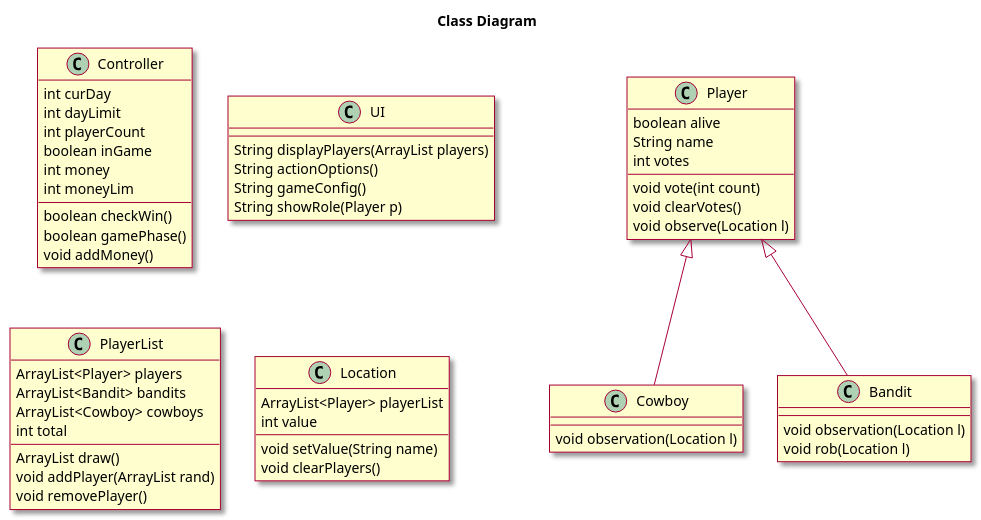
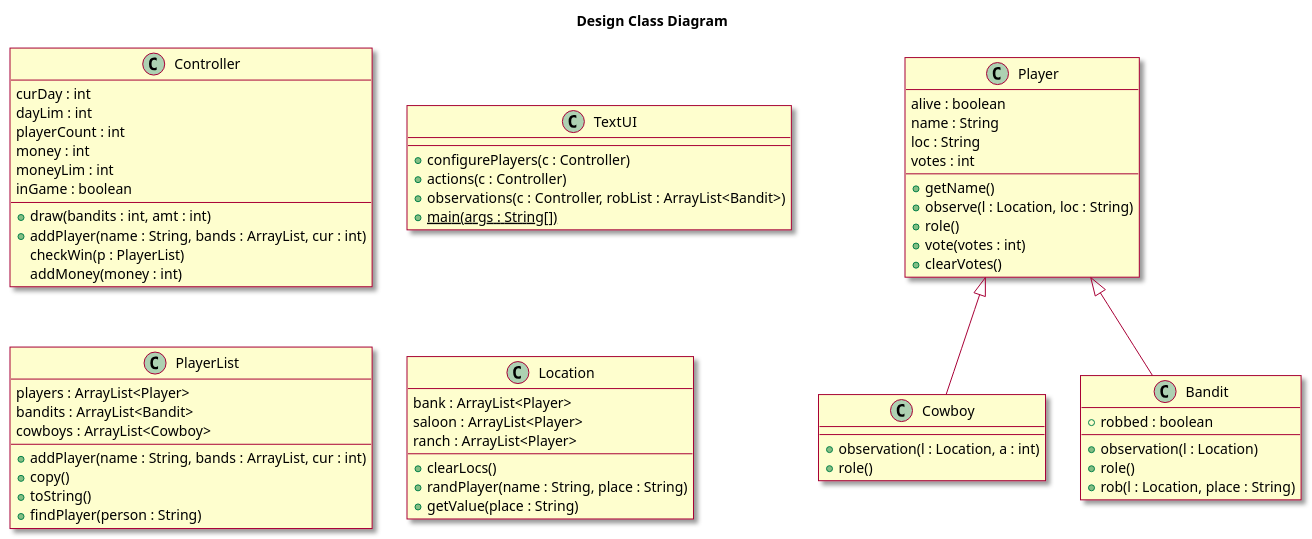
One commit to DeannaLC/AndroidProject changed the fourth of 4 diagrams in doc/design2.md. Above: the diagram before and after it, drawn with PlantUML. The commit also changed 5 other files, not shown here.

Commit message:
updated design.md, moved README.md to team-2f, and removed unneeded main methods in various classes

```diff
--- a/doc/design2.md
+++ b/doc/design2.md
@@ -94,7 +94,7 @@
 @startuml
 
 
-title Class Diagram
+title Design Class Diagram
 hide empty methods
 
 
@@ -103,64 +103,73 @@
 
 
 class Controller{
-int curDay
-int dayLimit
-int playerCount
-boolean inGame
-int money
-int moneyLim
+curDay : int
+dayLim : int
+playerCount : int
+money : int
+moneyLim : int
+inGame : boolean
 --
-boolean checkWin()
-boolean gamePhase()
-void addMoney()
++draw(bandits : int, amt : int)
++addPlayer(name : String, bands : ArrayList, cur : int)
+checkWin(p : PlayerList)
+addMoney(money : int)
 }
 
-class UI{
+class TextUI{
 --
-String displayPlayers(ArrayList players)
-String actionOptions()
-String gameConfig()
-String showRole(Player p)
++configurePlayers(c : Controller)
++actions(c : Controller)
++observations(c : Controller, robList : ArrayList<Bandit>)
++main{static}(args : String[])
 }
 
 class Player{
-boolean alive
-String name
-int votes
+alive : boolean
+name : String
+loc : String
+votes : int
 --
-void vote(int count)
-void clearVotes()
-void observe(Location l)
++getName()
++observe(l : Location, loc : String)
++role()
++vote(votes : int)
++clearVotes()
 }
 
 class Cowboy{
 --
-void observation(Location l)
++observation(l : Location, a : int)
++role()
 }
 
 class Bandit{
++robbed : boolean
 --
-void observation(Location l)
-void rob(Location l)
++observation(l : Location)
++role()
++rob(l : Location, place : String)
 }
 
 class PlayerList{
-ArrayList<Player> players
-ArrayList<Bandit> bandits
-ArrayList<Cowboy> cowboys
-int total
+players : ArrayList<Player> 
+bandits : ArrayList<Bandit>
+cowboys : ArrayList<Cowboy>
 --
-ArrayList draw()
-void addPlayer(ArrayList rand)
-void removePlayer()
++addPlayer(name : String, bands : ArrayList, cur : int)
++copy()
++toString()
++findPlayer(person : String)
 }
 
 class Location{
-ArrayList<Player> playerList
-int value
+bank : ArrayList<Player>
+saloon : ArrayList<Player>
+ranch : ArrayList<Player>
 --
-void setValue(String name)
-void clearPlayers()
++clearLocs()
++randPlayer(name : String, place : String)
++getValue(place : String)
 }
 
 Player <|-- Bandit
```
